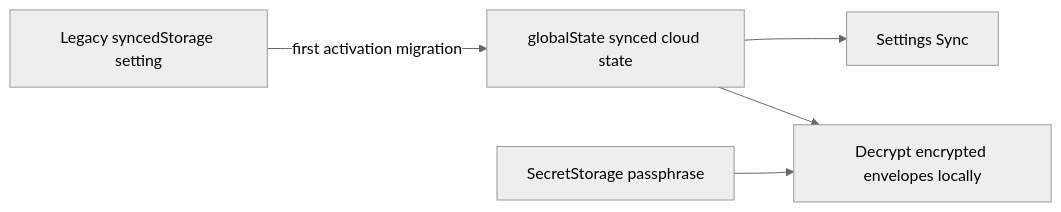
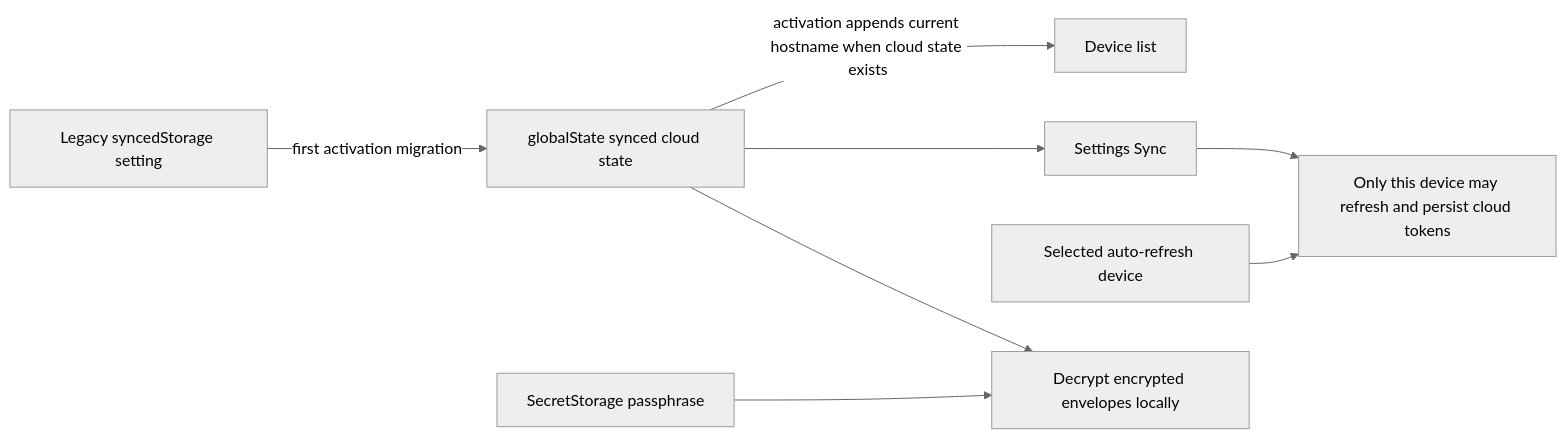
One commit to jqknono/codex-account-switch changed the diagram in docs/synced-cloud-state.md. Above: the diagram before and after it, drawn with Mermaid (neutral theme). The commit also changed other lines of this file and 21 other files, not shown here.

````diff
--- a/docs/synced-cloud-state.md
+++ b/docs/synced-cloud-state.md
@@ -16,7 +16,10 @@
 ```mermaid
 flowchart LR
   A[Legacy syncedStorage setting] -->|first activation migration| B[globalState synced cloud state]
-  B --> C[Settings Sync]
-  D[SecretStorage passphrase] --> E[Decrypt encrypted envelopes locally]
-  B --> E
+  B -->|activation appends current hostname when cloud state exists| C[Device list]
+  B --> D[Settings Sync]
+  E[Selected auto-refresh device] --> F[Only this device may refresh and persist cloud tokens]
+  D --> F
+  G[SecretStorage passphrase] --> H[Decrypt encrypted envelopes locally]
+  B --> H
 ```
````
